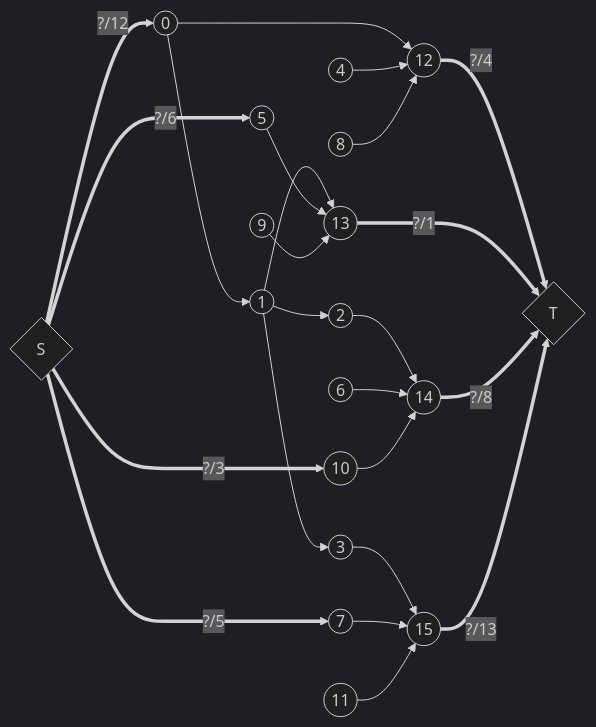
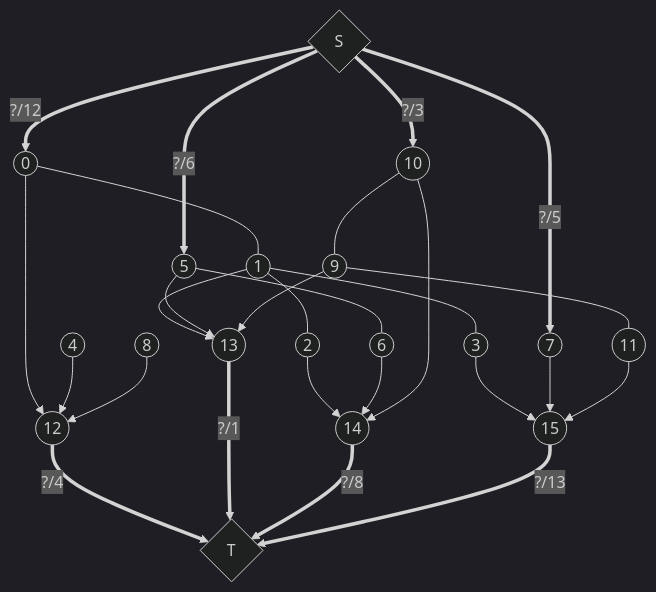
Before and after one commit to bfeitknecht/vault: the third of 3 diagrams in sem2/AuW/UE/cx/bf/cx12-great-harvest.md, drawn with Mermaid (dark theme). The commit also changed other lines of this file, not shown here.

Commit message:
backup: 2024-07-02 02:11:42 from MacBook Pro (echo)
Affected files:
sem2/AuW/UE/cx/bf/cx12-great-harvest.md

````diff
--- a/sem2/AuW/UE/cx/bf/cx12-great-harvest.md
+++ b/sem2/AuW/UE/cx/bf/cx12-great-harvest.md
@@ -80,53 +80,58 @@
 ```mermaid
-flowchart LR
+flowchart TD
 
 idS{"S"}
 idT{"T"}
 
 %% variety 1
 id1a((0))
 id2a((1))
 id3a((2))
 id4a((3))
 
 %% variety 2
 id1b((4))
 id2b((5))
 id3b((6))
 id4b((7))
 
 %% variety 3
 id1c((8))
 id2c((9))
 id3c((10))
 id4c((11))
 
 %% cities
 id1((12))
 id2((13))
 id3((14))
 id4((15))
   
 
 %%%%%%%%%%%%%%%%%%%%%%%%%%%%%%%%%%%%%%%%%%%%
 
 idS ==>|"?/12"| id1a
 idS ==>|"?/6"| id2b
 idS ==>|"?/3"| id3c
 idS ==>|"?/5"| id4b
 
 id1a & id1b & id1c --> id1
 id2a & id2b & id2c --> id2
 id3a & id3b & id3c --> id3
 id4a & id4b & id4c --> id4
 
-id1a --> id2a
-id2a --> id3a & id4a
+id1a --- id2a
+
+id2a --- id3a & id4a
+id2b --- id3b
+id2c --- id4c
+
+id3c --- id2c
 
 id1 ==>|"?/4"| idT
 id2 ==>|"?/1"| idT
 id3 ==>|"?/8"| idT
 id4 ==>|"?/13"| idT
 
 
 ```
````
